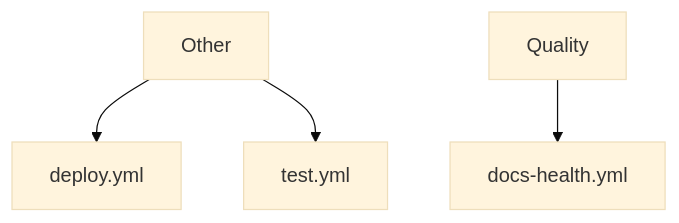
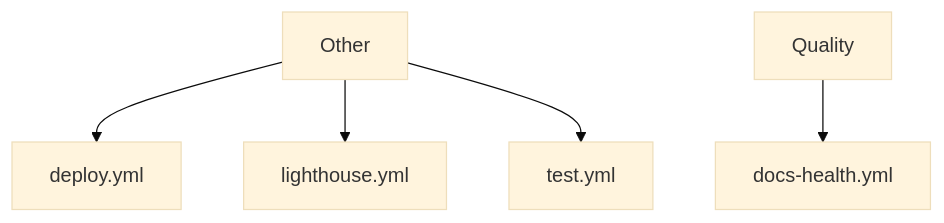
Before and after one commit to Latimer-Woods-Tech/focusbro: the diagram in docs/_generated/workflow-map.md, drawn with Mermaid (base theme). The commit also changed 9 other files, not shown here.

````diff
--- a/docs/_generated/workflow-map.md
+++ b/docs/_generated/workflow-map.md
@@ -18,8 +18,9 @@
 ```mermaid
 flowchart TB
   Other["Other"]
   Quality["Quality"]
   Other --> deploy_yml["deploy.yml"]
   Quality --> docs_health_yml["docs-health.yml"]
+  Other --> lighthouse_yml["lighthouse.yml"]
   Other --> test_yml["test.yml"]
 ```
````
